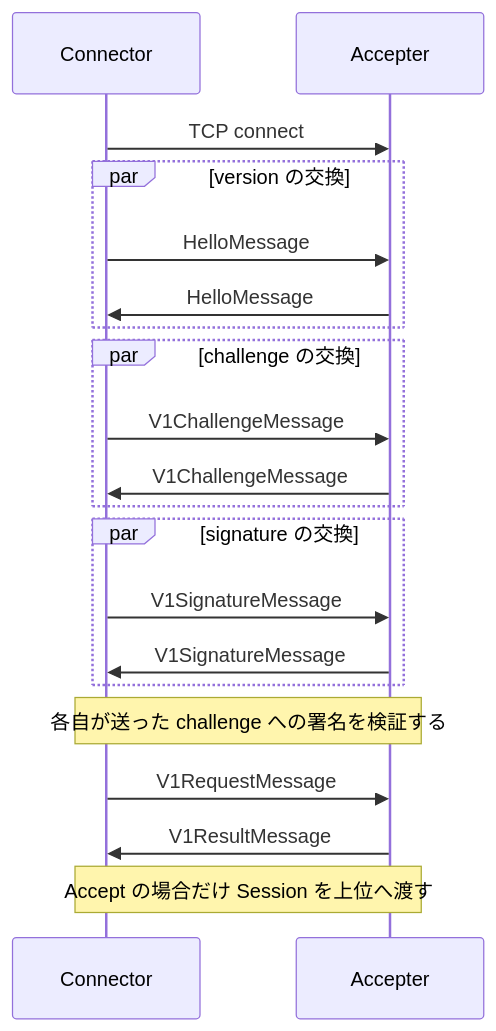
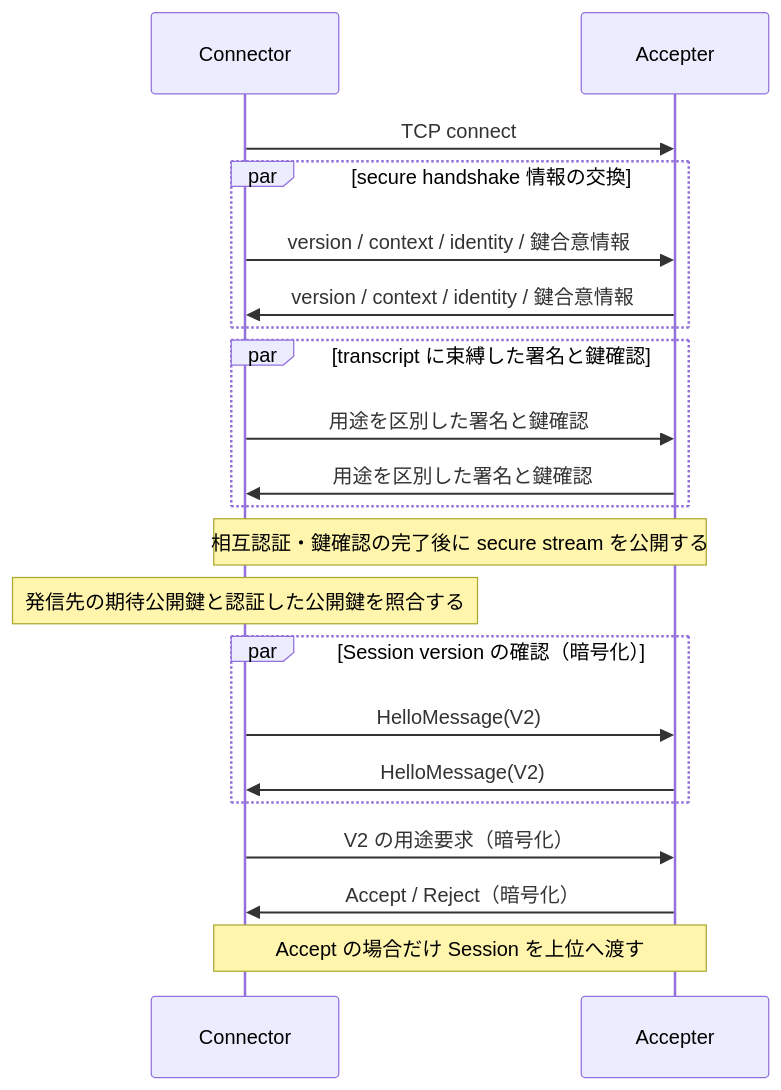
One commit to omnius-labs/axus changed the diagram in docs/design/session.md. Above: the diagram before and after it, drawn with Mermaid. The commit also changed other lines of this file and 33 other files, not shown here.

First line of the commit message:
feat: secure P2P connections with mutual Session V2 authentication

````diff
--- a/docs/design/session.md
+++ b/docs/design/session.md
@@ -39,23 +43,24 @@
 ```mermaid
 sequenceDiagram
     participant C as Connector
     participant A as Accepter
 
     C->>A: TCP connect
-    par version の交換
-        C->>A: HelloMessage
-        A->>C: HelloMessage
+    par secure handshake 情報の交換
+        C->>A: version / context / identity / 鍵合意情報
+        A->>C: version / context / identity / 鍵合意情報
     end
-    par challenge の交換
-        C->>A: V1ChallengeMessage
-        A->>C: V1ChallengeMessage
+    par transcript に束縛した署名と鍵確認
+        C->>A: 用途を区別した署名と鍵確認
+        A->>C: 用途を区別した署名と鍵確認
     end
-    par signature の交換
-        C->>A: V1SignatureMessage
-        A->>C: V1SignatureMessage
+    Note over C,A: 相互認証・鍵確認の完了後に secure stream を公開する
+    Note over C: 発信先の期待公開鍵と認証した公開鍵を照合する
+    par Session version の確認（暗号化）
+        C->>A: HelloMessage(V2)
+        A->>C: HelloMessage(V2)
     end
-    Note over C,A: 各自が送った challenge への署名を検証する
-    C->>A: V1RequestMessage
-    A->>C: V1ResultMessage
+    C->>A: V2 の用途要求（暗号化）
+    A->>C: Accept / Reject（暗号化）
     Note over C,A: Accept の場合だけ Session を上位へ渡す
 ```
````
